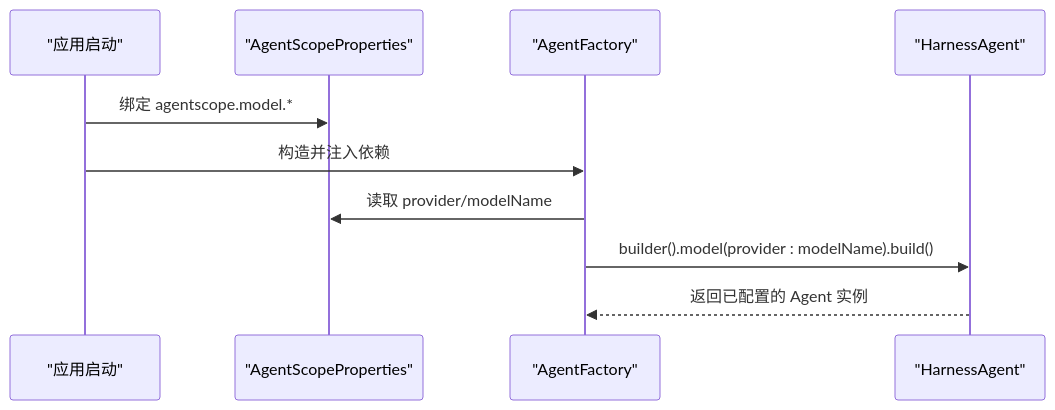
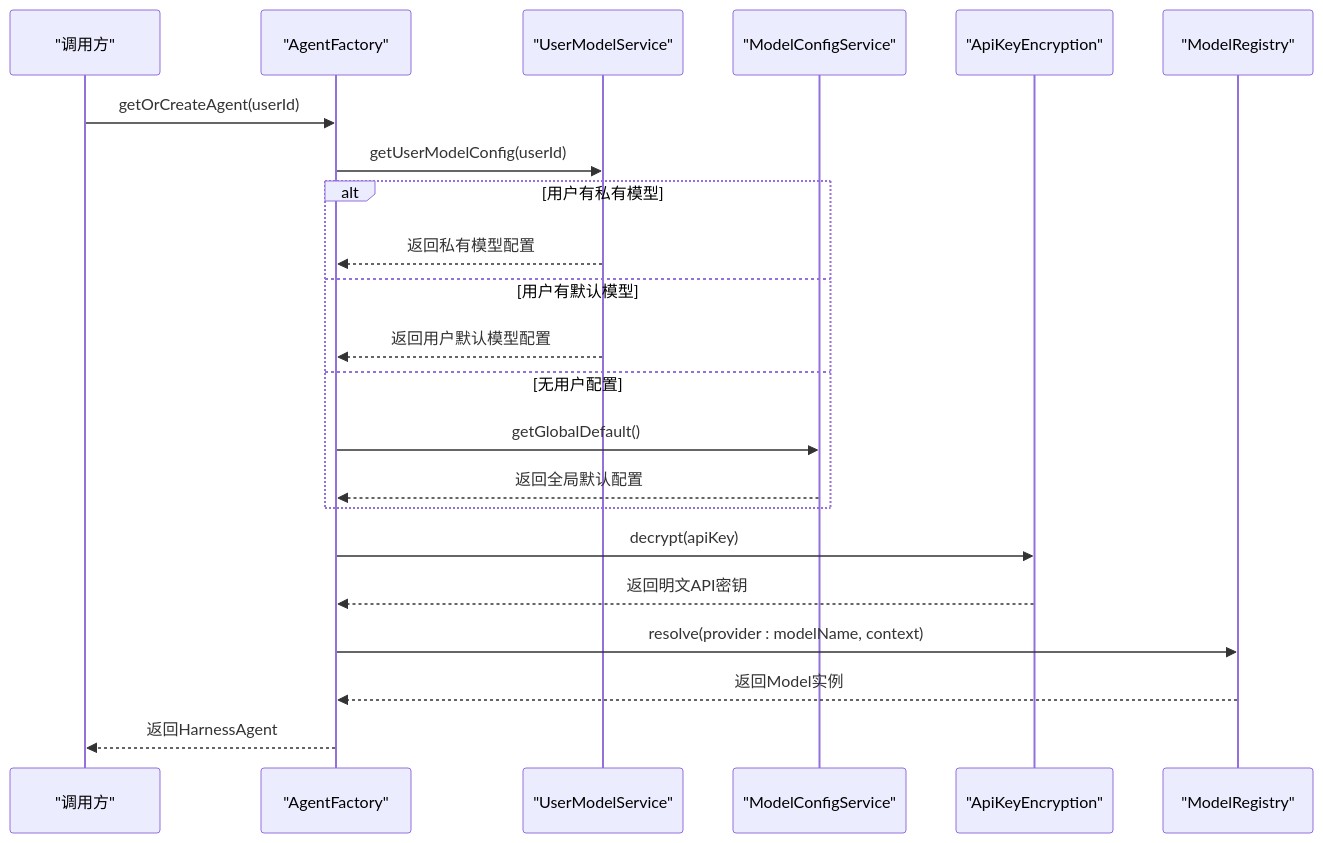
The second of 4 diagrams in .qoder/repowiki/zh/content/Spring Boot 集成架构.md (Miss-zhi/OfferPilot), drawn with Mermaid before and after one commit. The commit also changed other lines of this file and 117 other files, not shown here.

````diff
--- a/.qoder/repowiki/zh/content/Spring Boot 集成架构.md
+++ b/.qoder/repowiki/zh/content/Spring Boot 集成架构.md
@@ -104,12 +137,24 @@
 ```mermaid
 sequenceDiagram
-participant App as "应用启动"
-participant Props as "AgentScopeProperties"
+participant Client as "调用方"
 participant Factory as "AgentFactory"
-participant HA as "HarnessAgent"
-App->>Props : 绑定 agentscope.model.*
-App->>Factory : 构造并注入依赖
-Factory->>Props : 读取 provider/modelName
-Factory->>HA : builder().model(provider : modelName).build()
-HA-->>Factory : 返回已配置的 Agent 实例
+participant UserModelSvc as "UserModelService"
+participant ModelConfigSvc as "ModelConfigService"
+participant Encryption as "ApiKeyEncryption"
+participant Registry as "ModelRegistry"
+Client->>Factory : getOrCreateAgent(userId)
+Factory->>UserModelSvc : getUserModelConfig(userId)
+alt 用户有私有模型
+UserModelSvc-->>Factory : 返回私有模型配置
+else 用户有默认模型
+UserModelSvc-->>Factory : 返回用户默认模型配置
+else 无用户配置
+Factory->>ModelConfigSvc : getGlobalDefault()
+ModelConfigSvc-->>Factory : 返回全局默认配置
+end
+Factory->>Encryption : decrypt(apiKey)
+Encryption-->>Factory : 返回明文API密钥
+Factory->>Registry : resolve(provider : modelName, context)
+Registry-->>Factory : 返回Model实例
+Factory-->>Client : 返回HarnessAgent
 ```
````
